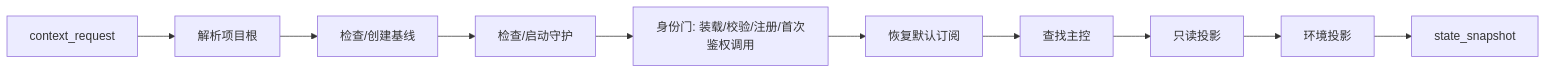
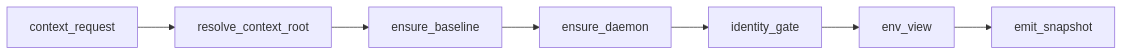
One commit to Jasonzhangf/appsdk changed the second of 2 diagrams in docs/collab-context-state-machine.md. Above: the diagram before and after it, drawn with Mermaid. The commit also changed other lines of this file and 64 other files, not shown here.

Commit message:
refactor(collab): move identity lifecycle into daemon

````diff
--- a/docs/collab-context-state-machine.md
+++ b/docs/collab-context-state-machine.md
@@ -141,12 +90,9 @@
 ```mermaid
 flowchart LR
-    S[context_request] --> R[解析项目根]
-    R --> B[检查/创建基线]
-    B --> D[检查/启动守护]
-    D --> I[身份门: 装载/校验/注册/首次鉴权调用]
-    I --> N[恢复默认订阅]
-    N --> M[查找主控]
-    M --> P[只读投影]
-    P --> E[环境投影]
-    E --> O[state_snapshot]
+    S[context_request] --> R[resolve_context_root]
+    R --> B[ensure_baseline]
+    B --> D[ensure_daemon]
+    D --> I[identity_gate]
+    I --> E[env_view]
+    E --> O[emit_snapshot]
 ```
````
